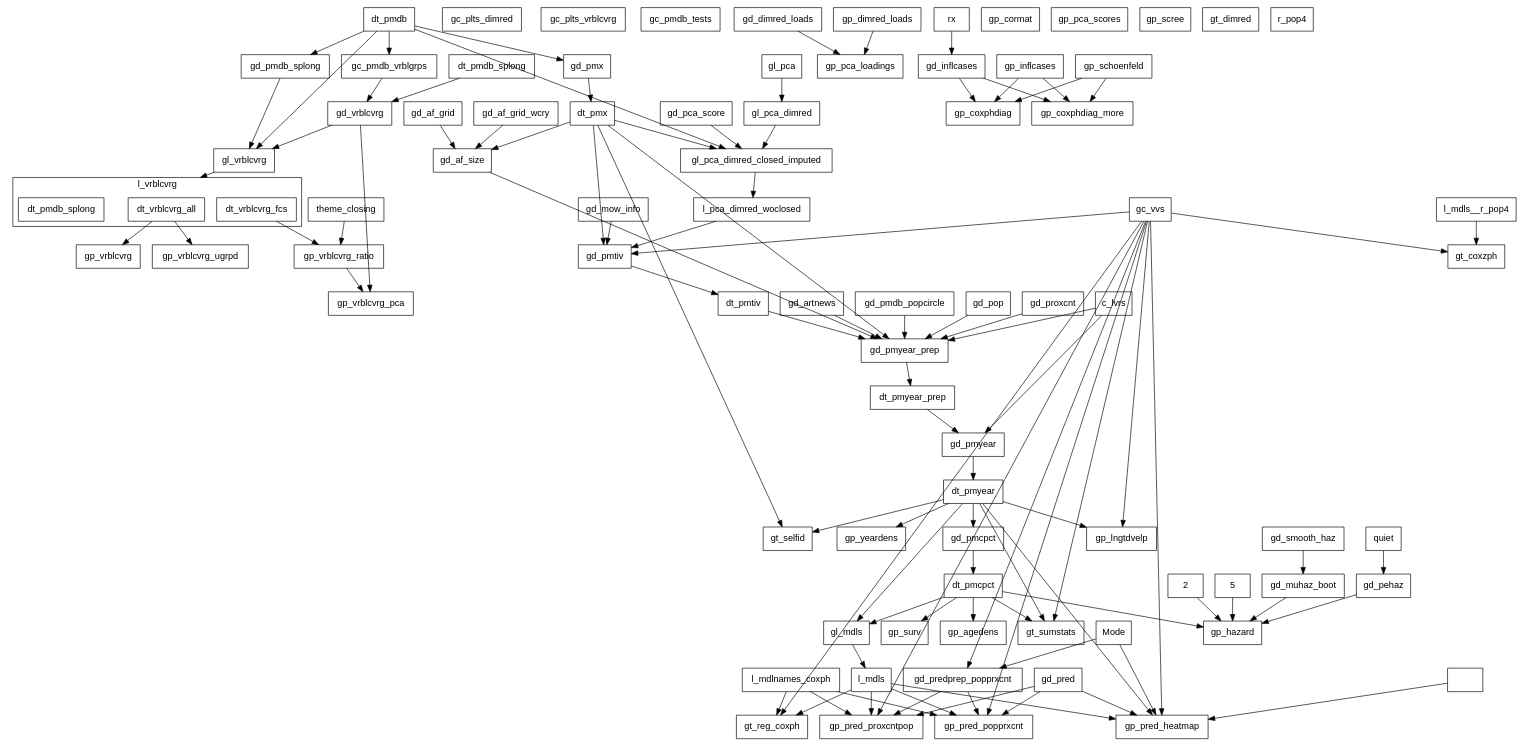
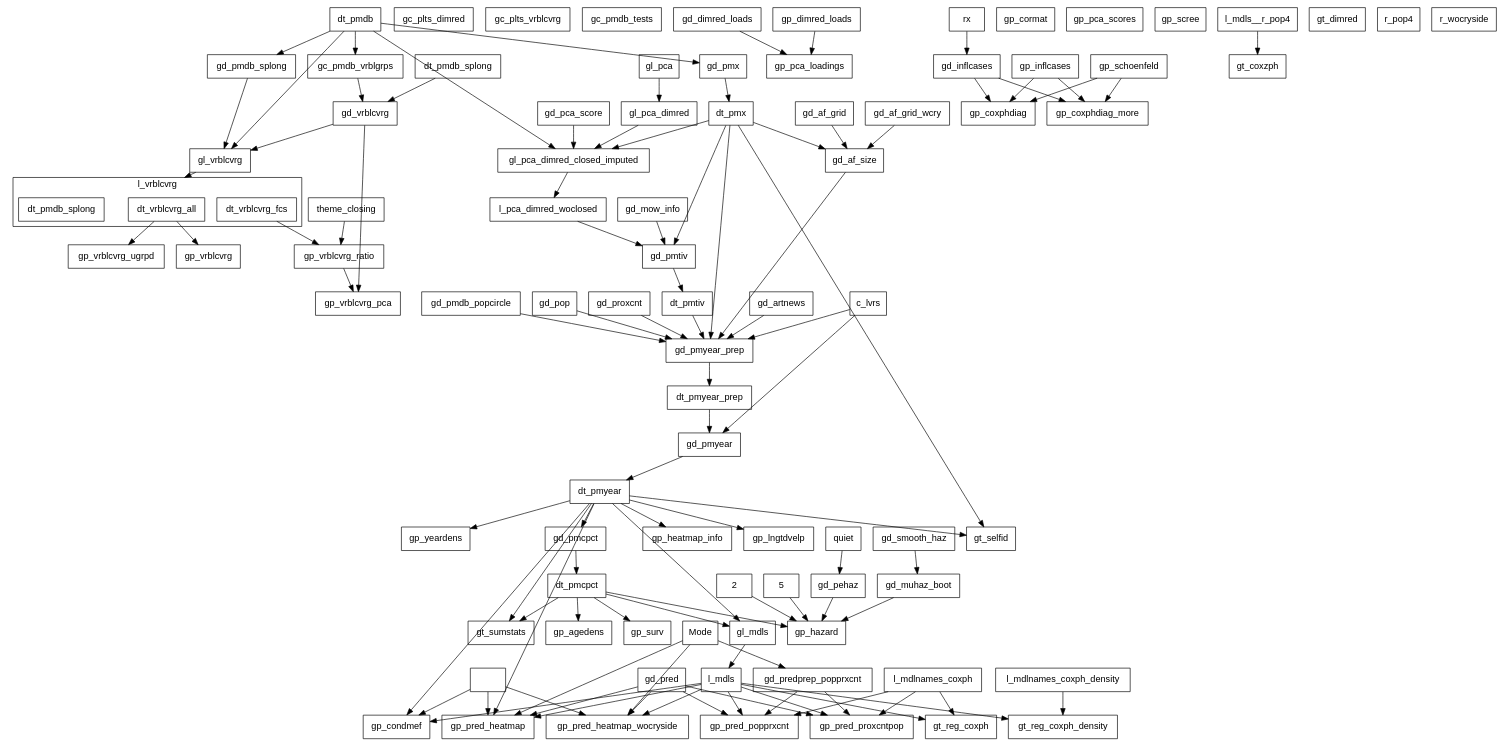
Before and after one commit to swhalemwo/pm_closing: the diagram in misc/callgraph2.dot, drawn with Graphviz. The commit also changed 5 other files, not shown here.

```diff
--- a/misc/callgraph2.dot
+++ b/misc/callgraph2.dot
@@ -1,187 +1,193 @@
 digraph D {
  compound = true;
  splines = false; fontname=helvetica;
  node [shape=box, fontsize = 14, fontname=helvetica];
  edge [style = solid];
  
  subgraph cluster_l_vrblcvrg {
  label = "l_vrblcvrg";
  l_vrblcvrg__dt_vrblcvrg_all [label=dt_vrblcvrg_all]; 
 l_vrblcvrg__dt_vrblcvrg_fcs [label=dt_vrblcvrg_fcs]; 
 l_vrblcvrg [label = "", color=transparent, width=0, height=0]; 
 l_vrblcvrg__dt_pmdb_splong [label=dt_pmdb_splong] 
 } 
  gc_plts_dimred; 
 gc_plts_vrblcvrg; 
 gc_pmdb_tests; 
 gc_pmdb_vrblgrps; 
-gc_vvs; 
 gd_af_grid; 
 gd_af_grid_wcry; 
 gd_af_size; 
 gd_artnews; 
 gd_dimred_loads; 
 gd_inflcases; 
 gd_mow_info; 
 gd_muhaz_boot; 
 gd_pca_score; 
 gd_pehaz; 
 gd_pmcpct; 
 gd_pmdb_popcircle; 
 gd_pmdb_splong; 
 gd_pmtiv; 
 gd_pmx; 
 gd_pmyear; 
 gd_pmyear_prep; 
 gd_pop; 
 gd_pred; 
 gd_predprep_popprxcnt; 
 gd_proxcnt; 
 gd_smooth_haz; 
 gd_vrblcvrg; 
 gl_mdls; 
 gl_pca; 
 gl_pca_dimred; 
 gl_pca_dimred_closed_imputed; 
 gl_vrblcvrg; 
 gp_agedens; 
+gp_condmef; 
 gp_cormat; 
 gp_coxphdiag; 
 gp_coxphdiag_more; 
 gp_dimred_loads; 
 gp_hazard; 
+gp_heatmap_info; 
 gp_inflcases; 
 gp_lngtdvelp; 
 gp_pca_loadings; 
 gp_pca_scores; 
 gp_pred_heatmap; 
+gp_pred_heatmap_wocryside; 
 gp_pred_popprxcnt; 
 gp_pred_proxcntpop; 
 gp_schoenfeld; 
 gp_scree; 
 gp_surv; 
 gp_vrblcvrg; 
 gp_vrblcvrg_pca; 
 gp_vrblcvrg_ratio; 
 gp_vrblcvrg_ugrpd; 
 gp_yeardens; 
 gt_coxzph; 
 gt_dimred; 
 gt_reg_coxph; 
+gt_reg_coxph_density; 
 gt_selfid; 
 gt_sumstats; 
 Mode; 
 quiet; 
 theme_closing; 
 dt_pmdb; 
 dt_pmdb_splong; 
 dt_pmx; 
 l_pca_dimred_woclosed; 
 dt_pmtiv; 
 c_lvrs; 
 dt_pmyear_prep; 
 dt_pmyear; 
 dt_pmcpct; 
 2; 
 5; 
 rx; 
 l_mdlnames_coxph; 
 l_mdls; 
 ""r_pop4""; 
-l_mdls__r_pop4 
- ""r_pop4"" -> gp_pred_heatmap; 
+""r_wocryside""; 
+l_mdls__r_pop4; 
+l_mdlnames_coxph_density 
+ ""r_pop4"" -> gp_condmef; 
+""r_pop4"" -> gp_pred_heatmap; 
+""r_wocryside"" -> gp_pred_heatmap_wocryside; 
 2 -> gp_hazard; 
 5 -> gp_hazard; 
 Mode -> gd_predprep_popprxcnt; 
 Mode -> gp_pred_heatmap; 
+Mode -> gp_pred_heatmap_wocryside; 
 c_lvrs -> gd_pmyear; 
 c_lvrs -> gd_pmyear_prep; 
 dt_pmcpct -> gl_mdls; 
 dt_pmcpct -> gp_agedens; 
 dt_pmcpct -> gp_hazard; 
 dt_pmcpct -> gp_surv; 
 dt_pmcpct -> gt_sumstats; 
 dt_pmdb -> gc_pmdb_vrblgrps; 
 dt_pmdb -> gd_pmdb_splong; 
 dt_pmdb -> gd_pmx; 
 dt_pmdb -> gl_pca_dimred_closed_imputed; 
 dt_pmdb -> gl_vrblcvrg; 
 dt_pmdb_splong -> gd_vrblcvrg; 
 dt_pmtiv -> gd_pmyear_prep; 
 dt_pmx -> gd_af_size; 
 dt_pmx -> gd_pmtiv; 
 dt_pmx -> gd_pmyear_prep; 
 dt_pmx -> gl_pca_dimred_closed_imputed; 
 dt_pmx -> gt_selfid; 
 dt_pmyear -> gd_pmcpct; 
 dt_pmyear -> gl_mdls; 
+dt_pmyear -> gp_condmef; 
+dt_pmyear -> gp_heatmap_info; 
 dt_pmyear -> gp_lngtdvelp; 
 dt_pmyear -> gp_pred_heatmap; 
 dt_pmyear -> gp_yeardens; 
 dt_pmyear -> gt_selfid; 
 dt_pmyear -> gt_sumstats; 
 dt_pmyear_prep -> gd_pmyear; 
 gc_pmdb_vrblgrps -> gd_vrblcvrg; 
-gc_vvs -> gd_pmtiv; 
-gc_vvs -> gd_predprep_popprxcnt; 
-gc_vvs -> gp_lngtdvelp; 
-gc_vvs -> gp_pred_heatmap; 
-gc_vvs -> gp_pred_popprxcnt; 
-gc_vvs -> gp_pred_proxcntpop; 
-gc_vvs -> gt_coxzph; 
-gc_vvs -> gt_reg_coxph; 
-gc_vvs -> gt_sumstats; 
 gd_af_grid -> gd_af_size; 
 gd_af_grid_wcry -> gd_af_size; 
 gd_af_size -> gd_pmyear_prep; 
 gd_artnews -> gd_pmyear_prep; 
 gd_dimred_loads -> gp_pca_loadings; 
 gd_inflcases -> gp_coxphdiag; 
 gd_inflcases -> gp_coxphdiag_more; 
 gd_mow_info -> gd_pmtiv; 
 gd_muhaz_boot -> gp_hazard; 
 gd_pca_score -> gl_pca_dimred_closed_imputed; 
 gd_pehaz -> gp_hazard; 
 gd_pmcpct -> dt_pmcpct; 
 gd_pmdb_popcircle -> gd_pmyear_prep; 
 gd_pmdb_splong -> gl_vrblcvrg; 
 gd_pmtiv -> dt_pmtiv; 
 gd_pmx -> dt_pmx; 
 gd_pmyear -> dt_pmyear; 
 gd_pmyear_prep -> dt_pmyear_prep; 
 gd_pop -> gd_pmyear_prep; 
 gd_pred -> gp_pred_heatmap; 
+gd_pred -> gp_pred_heatmap_wocryside; 
 gd_pred -> gp_pred_popprxcnt; 
 gd_pred -> gp_pred_proxcntpop; 
 gd_predprep_popprxcnt -> gp_pred_popprxcnt; 
 gd_predprep_popprxcnt -> gp_pred_proxcntpop; 
 gd_proxcnt -> gd_pmyear_prep; 
 gd_smooth_haz -> gd_muhaz_boot; 
 gd_vrblcvrg -> gl_vrblcvrg; 
 gd_vrblcvrg -> gp_vrblcvrg_pca; 
 gl_mdls -> l_mdls; 
 gl_pca -> gl_pca_dimred; 
 gl_pca_dimred -> gl_pca_dimred_closed_imputed; 
 gl_pca_dimred_closed_imputed -> l_pca_dimred_woclosed; 
 gl_vrblcvrg -> l_vrblcvrg[lhead=cluster_l_vrblcvrg,ltail=gl_vrblcvrg]; 
 gp_dimred_loads -> gp_pca_loadings; 
 gp_inflcases -> gp_coxphdiag; 
 gp_inflcases -> gp_coxphdiag_more; 
 gp_schoenfeld -> gp_coxphdiag; 
 gp_schoenfeld -> gp_coxphdiag_more; 
 gp_vrblcvrg_ratio -> gp_vrblcvrg_pca; 
 l_mdlnames_coxph -> gp_pred_popprxcnt; 
 l_mdlnames_coxph -> gp_pred_proxcntpop; 
 l_mdlnames_coxph -> gt_reg_coxph; 
+l_mdlnames_coxph_density -> gt_reg_coxph_density; 
+l_mdls -> gp_condmef; 
 l_mdls -> gp_pred_heatmap; 
+l_mdls -> gp_pred_heatmap_wocryside; 
 l_mdls -> gp_pred_popprxcnt; 
 l_mdls -> gp_pred_proxcntpop; 
 l_mdls -> gt_reg_coxph; 
+l_mdls -> gt_reg_coxph_density; 
 l_mdls__r_pop4 -> gt_coxzph; 
 l_pca_dimred_woclosed -> gd_pmtiv; 
 l_vrblcvrg__dt_vrblcvrg_all -> gp_vrblcvrg; 
 l_vrblcvrg__dt_vrblcvrg_all -> gp_vrblcvrg_ugrpd; 
 l_vrblcvrg__dt_vrblcvrg_fcs -> gp_vrblcvrg_ratio; 
 quiet -> gd_pehaz; 
 rx -> gd_inflcases; 
 theme_closing -> gp_vrblcvrg_ratio }
```
